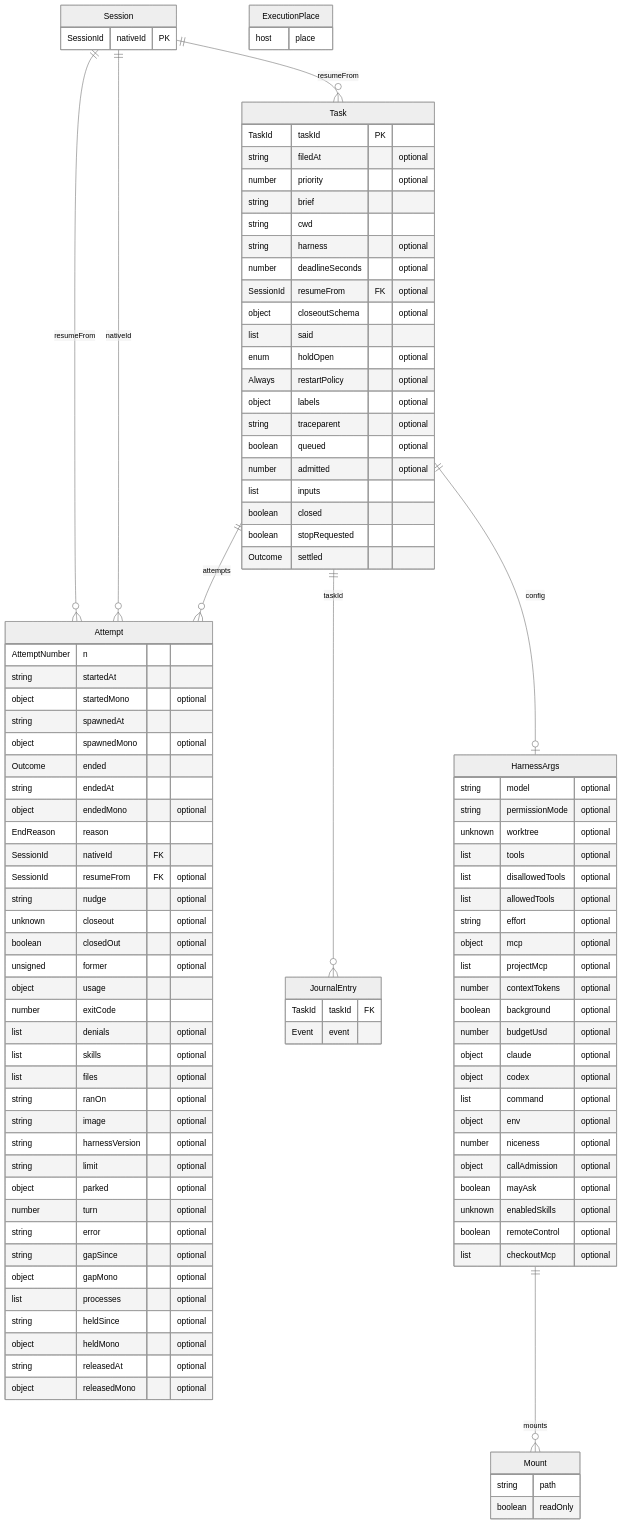
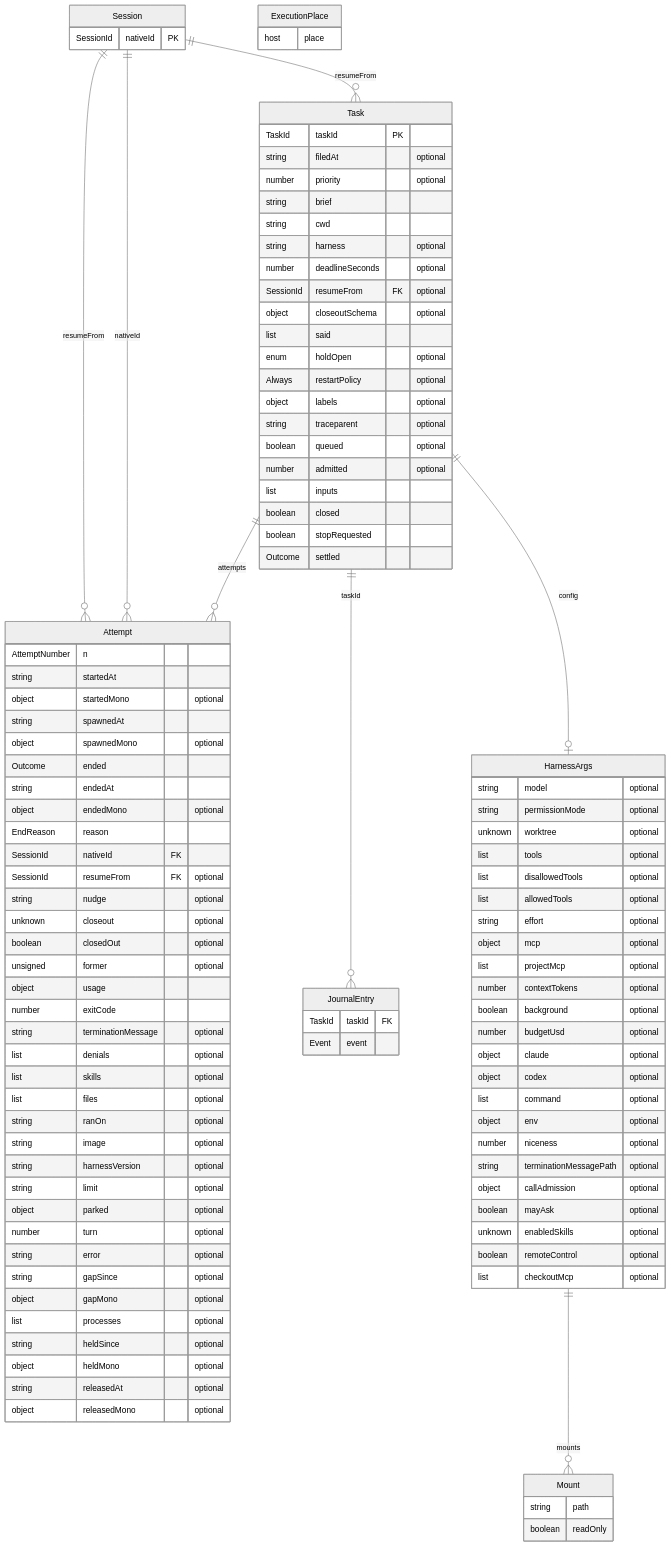
One commit to emyann/nemia changed the diagram in packages/agent-runtime/docs/model.md. Above: the diagram before and after it, drawn with Mermaid (neutral theme). The commit also changed 4 other files, not shown here.

Commit message:
routing: the board reads route edges and nodes, and the runtime's model diagram regenerated

```diff
--- a/packages/agent-runtime/docs/model.md
+++ b/packages/agent-runtime/docs/model.md
@@ -61,6 +61,7 @@
     unsigned former "optional"
     object usage
     number exitCode
+    string terminationMessage "optional"
     list denials "optional"
     list skills "optional"
     list files "optional"
@@ -104,6 +105,7 @@
     list command "optional"
     object env "optional"
     number niceness "optional"
+    string terminationMessagePath "optional"
     object callAdmission "optional"
     boolean mayAsk "optional"
     unknown enabledSkills "optional"
```
